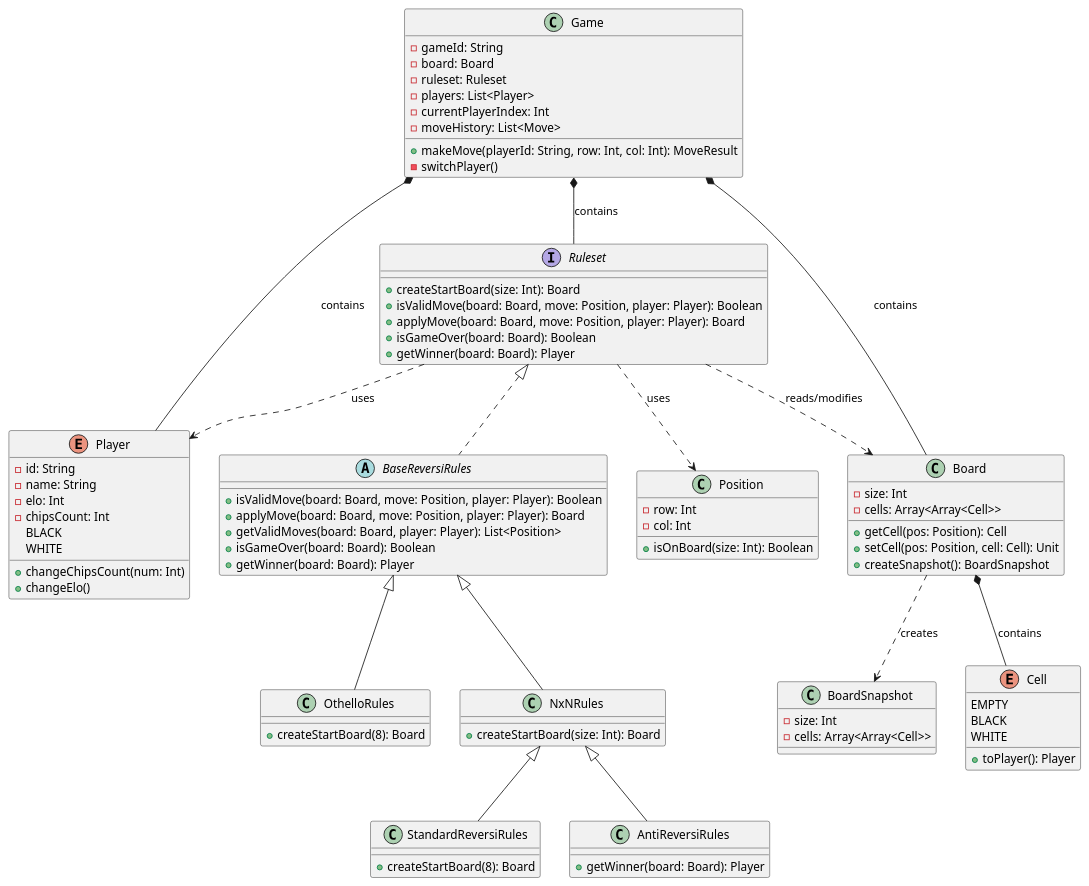
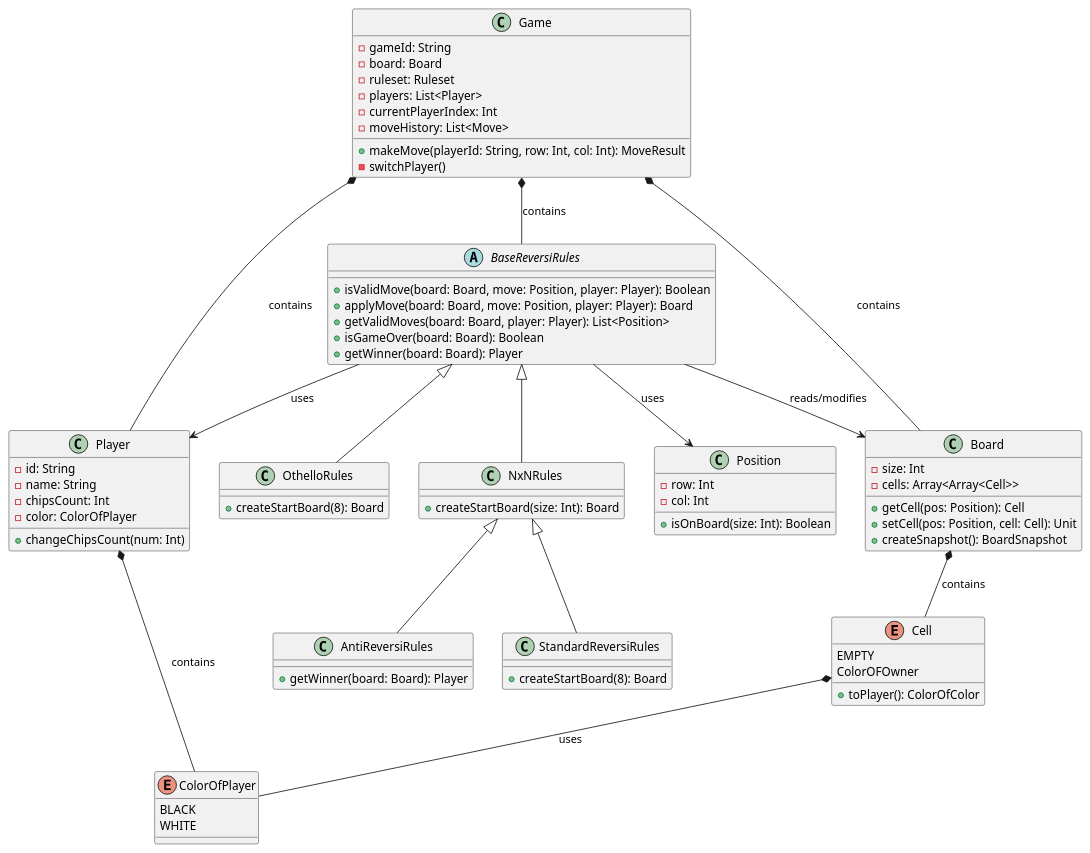
The diagram in reversi_uml.puml (EStarikov/otello_assistant), drawn with PlantUML before and after one commit.

Commit message:
update puml

```diff
--- a/reversi_uml.puml
+++ b/reversi_uml.puml
@@ -1,107 +1,92 @@
 @startuml
-interface Ruleset {
-    + createStartBoard(size: Int): Board
-    + isValidMove(board: Board, move: Position, player: Player): Boolean
-    + applyMove(board: Board, move: Position, player: Player): Board
-    + isGameOver(board: Board): Boolean
-    + getWinner(board: Board): Player
-}
 
 abstract BaseReversiRules {
     + isValidMove(board: Board, move: Position, player: Player): Boolean
     + applyMove(board: Board, move: Position, player: Player): Board
     + getValidMoves(board: Board, player: Player): List<Position>
     + isGameOver(board: Board): Boolean
     + getWinner(board: Board): Player
 }
 
 
 class OthelloRules {
     + createStartBoard(8): Board
 }
 
 class NxNRules {
     + createStartBoard(size: Int): Board
 }
 
 class StandardReversiRules {
     + createStartBoard(8): Board
 }
 
 class AntiReversiRules {
     + getWinner(board: Board): Player
 }
 
 
 
 class Game {
     - gameId: String
     - board: Board
     - ruleset: Ruleset
     - players: List<Player>
     - currentPlayerIndex: Int
     - moveHistory: List<Move>
     + makeMove(playerId: String, row: Int, col: Int): MoveResult
     - switchPlayer()
 }
 
 class Board {
     - size: Int
     - cells: Array<Array<Cell>>
     + getCell(pos: Position): Cell
     + setCell(pos: Position, cell: Cell): Unit
     + createSnapshot(): BoardSnapshot
 }
 
-class BoardSnapshot {
-    - size: Int
-    - cells: Array<Array<Cell>>
-}
-
 class Player {
     - id: String
     - name: String
-    - elo: Int
     - chipsCount: Int
+    - color: ColorOfPlayer
     + changeChipsCount(num: Int)
-    + changeElo()
 }
 
 class Position {
     - row: Int
     - col: Int
     + isOnBoard(size: Int): Boolean
 }
 
 enum Cell {
     EMPTY
-    BLACK
-    WHITE
-    + toPlayer(): Player
+    ColorOFOwner
+    + toPlayer(): ColorOfColor
 }
 
-enum Player {
+enum ColorOfPlayer {
     BLACK
     WHITE
 }
 
 
-Ruleset <|.. BaseReversiRules
+
 BaseReversiRules <|-- OthelloRules
 BaseReversiRules <|-- NxNRules
 NxNRules <|-- StandardReversiRules
 NxNRules <|-- AntiReversiRules
 
 Game *-- Board : contains
-Game *-- Ruleset : contains
+Game *-- BaseReversiRules : contains
 Game *-- Player : contains
 
-Ruleset ..> Board : reads/modifies
-Ruleset ..> Position : uses
-Ruleset ..> Player : uses
-
-Board ..> BoardSnapshot : creates
+Player *-- ColorOfPlayer: contains
+BaseReversiRules --> Board : reads/modifies
+BaseReversiRules --> Position : uses
+BaseReversiRules --> Player : uses
 
 Board *-- Cell : contains
-
+Cell *-- ColorOfPlayer: uses
 @enduml
```
